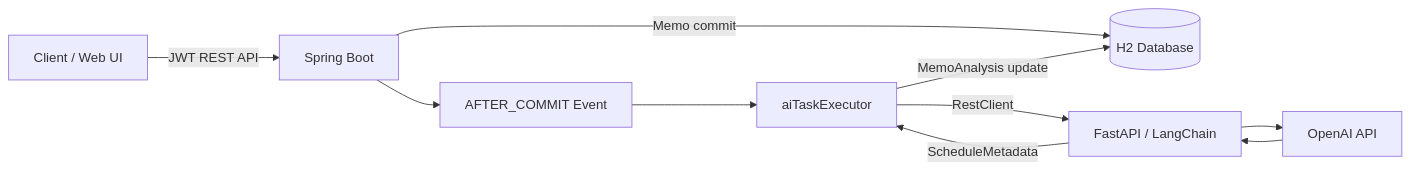
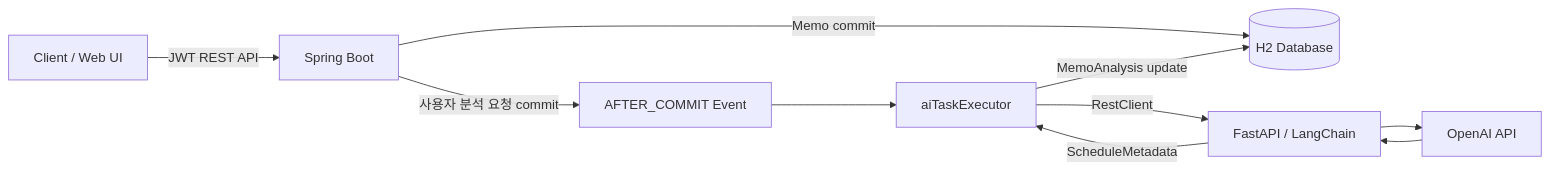
Before and after one commit to iamjanggeun/DoQuest: the first of 2 diagrams in README.md, drawn with Mermaid. The commit also changed other lines of this file, not shown here.

````diff
--- a/README.md
+++ b/README.md
@@ -62,20 +64,20 @@
 ```mermaid
 flowchart LR
     Client[Client / Web UI]
     Spring[Spring Boot]
     H2[(H2 Database)]
     Event[AFTER_COMMIT Event]
     Worker[aiTaskExecutor]
     FastAPI[FastAPI / LangChain]
     OpenAI[OpenAI API]
 
     Client -->|JWT REST API| Spring
     Spring -->|Memo commit| H2
-    Spring --> Event
+    Spring -->|사용자 분석 요청 commit| Event
     Event --> Worker
     Worker -->|RestClient| FastAPI
     FastAPI --> OpenAI
     OpenAI --> FastAPI
     FastAPI -->|ScheduleMetadata| Worker
     Worker -->|MemoAnalysis update| H2
 ```
````
